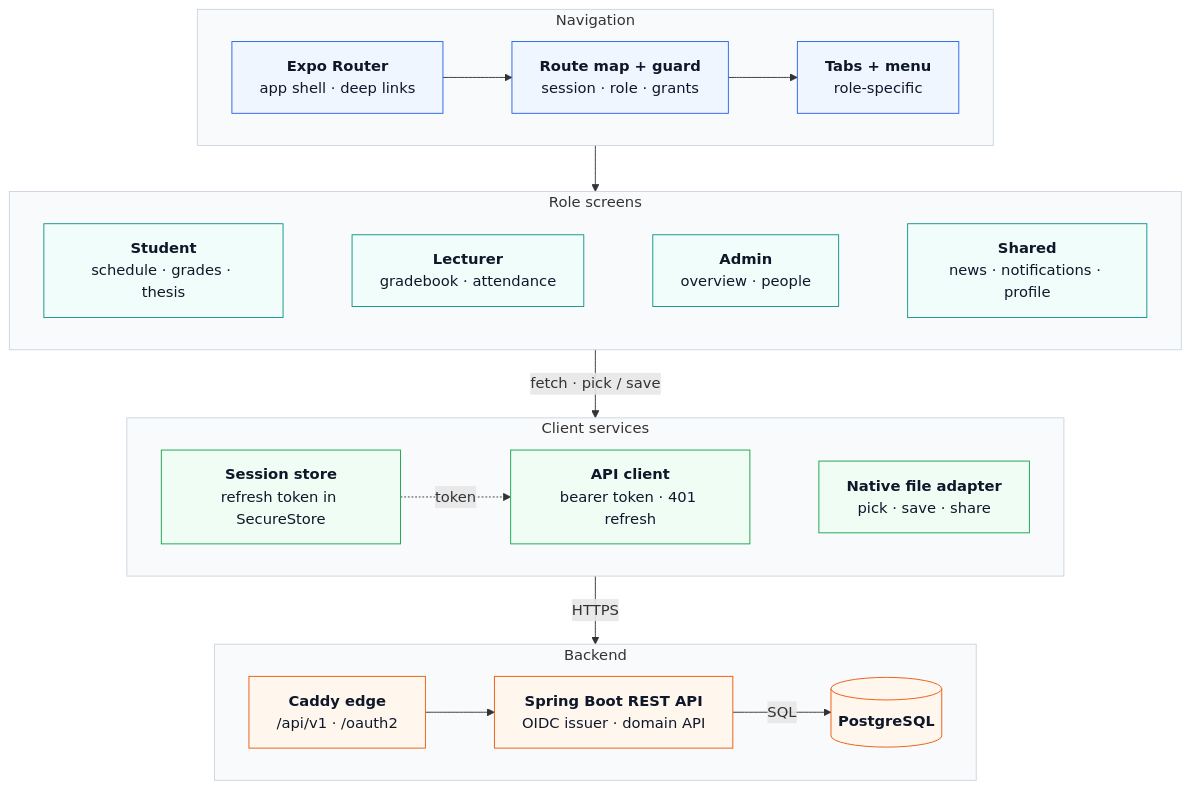
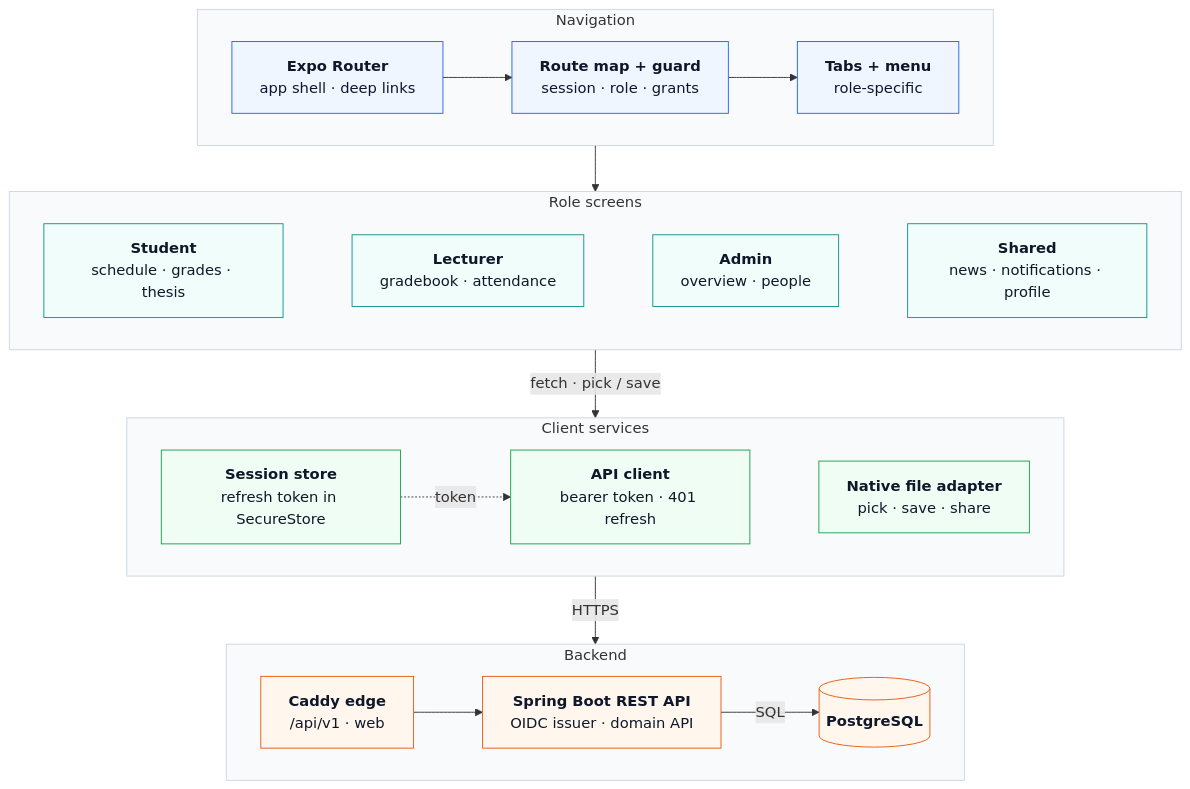
The second of 2 diagrams in README.en.md (JasonTM17/CampusCore_Ecosystem), drawn with Mermaid before and after one commit. The commit also changed other lines of this file and 3 other files, not shown here.

First line of the commit message:
docs: add the mobile sign-in and upload sequence and fix the edge label (#96)

````diff
--- a/README.en.md
+++ b/README.en.md
@@ -67,40 +67,40 @@
 ```mermaid
 flowchart TB
     subgraph nav["Navigation"]
         direction LR
         router["<b>Expo Router</b><br/>app shell · deep links"] --> guard["<b>Route map + guard</b><br/>session · role · grants"] --> shell["<b>Tabs + menu</b><br/>role-specific"]
     end
     subgraph screens["Role screens"]
         direction LR
         student["<b>Student</b><br/>schedule · grades · thesis"]
         lecturer["<b>Lecturer</b><br/>gradebook · attendance"]
         admin["<b>Admin</b><br/>overview · people"]
         shared["<b>Shared</b><br/>news · notifications · profile"]
         student ~~~ lecturer ~~~ admin ~~~ shared
     end
     subgraph services["Client services"]
         direction LR
         session["<b>Session store</b><br/>refresh token in SecureStore"] -.->|token| client["<b>API client</b><br/>bearer token · 401 refresh"]
         client ~~~ files["<b>Native file adapter</b><br/>pick · save · share"]
     end
     subgraph backend["Backend"]
         direction LR
-        caddy["<b>Caddy edge</b><br/>/api/v1 · /oauth2"] --> api["<b>Spring Boot REST API</b><br/>OIDC issuer · domain API"] -->|SQL| pg[("<b>PostgreSQL</b>")]
+        caddy["<b>Caddy edge</b><br/>/api/v1 · web"] --> api["<b>Spring Boot REST API</b><br/>OIDC issuer · domain API"] -->|SQL| pg[("<b>PostgreSQL</b>")]
     end
     nav --> screens
     screens -->|fetch · pick / save| services
     services -->|HTTPS| backend
 
     classDef navc fill:#eff6ff,stroke:#2563eb,color:#0f172a
     classDef scr fill:#f0fdfa,stroke:#0d9488,color:#0f172a
     classDef svc fill:#f0fdf4,stroke:#16a34a,color:#0f172a
     classDef be fill:#fff7ed,stroke:#ea580c,color:#0f172a
     class router,guard,shell navc
     class student,lecturer,admin,shared scr
     class client,session,files svc
     class caddy,api,pg be
     style nav fill:#f8fafc,stroke:#cbd5e1
     style screens fill:#f8fafc,stroke:#cbd5e1
     style services fill:#f8fafc,stroke:#cbd5e1
     style backend fill:#f8fafc,stroke:#cbd5e1
 ```
````
